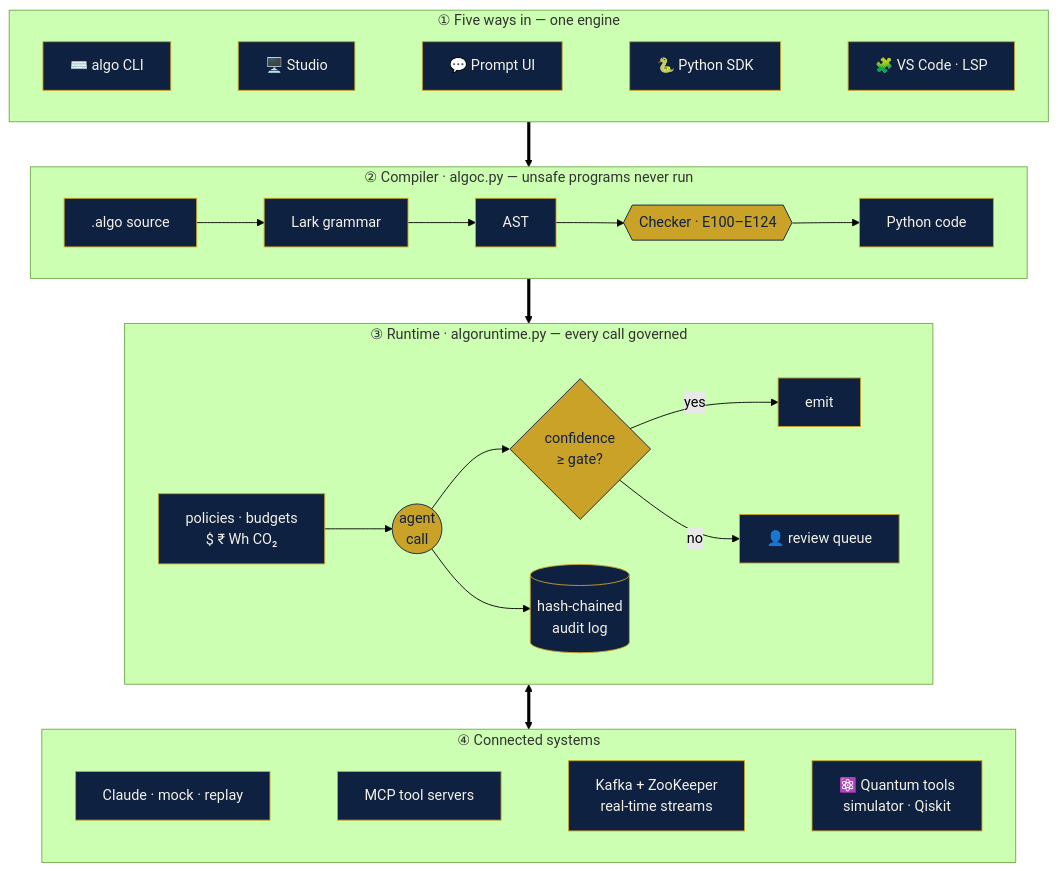
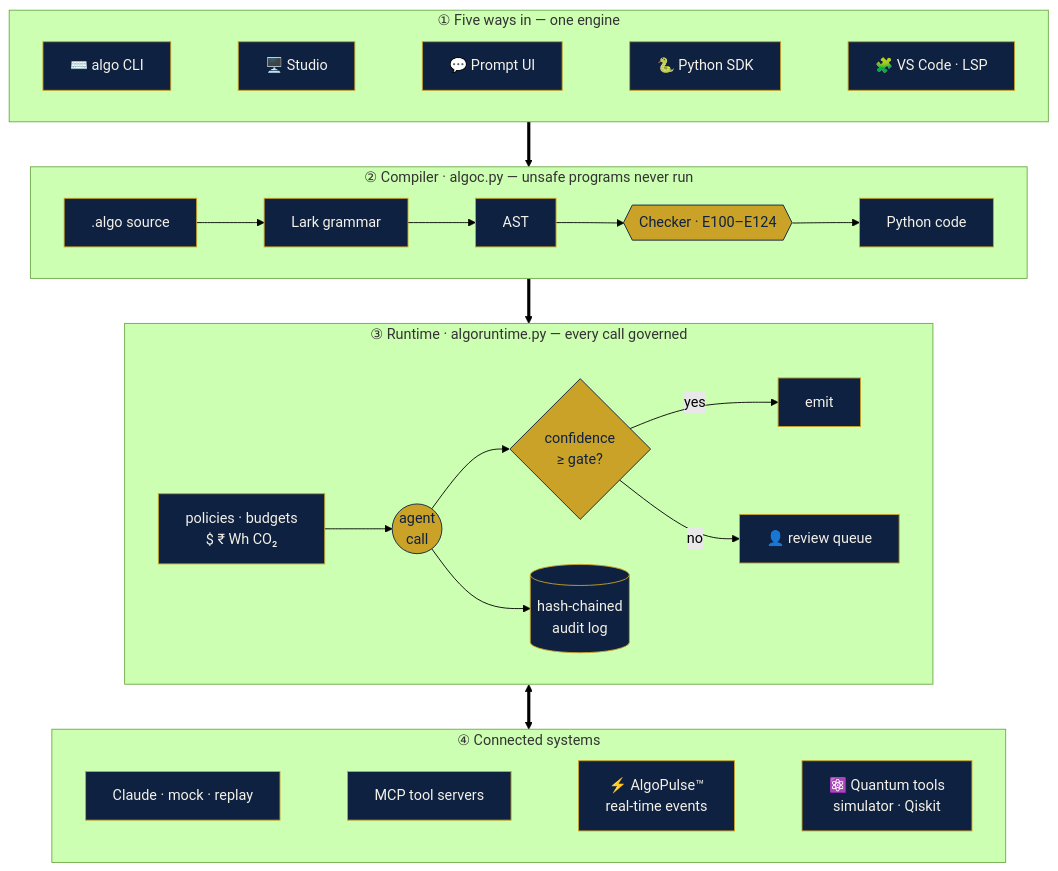
The first of 4 diagrams in README.md (drssnaiml1-cell/algolang), drawn with Mermaid (forest theme) before and after one commit. The commit also changed other lines of this file and 95 other files, not shown here.

First line of the commit message:
AlgoLang v0.3.4: AlgoPulse event engine, live figures everywhere

````diff
--- a/README.md
+++ b/README.md
@@ -30,28 +30,28 @@
 ```mermaid
 flowchart TB
     subgraph DOORS["① Five ways in — one engine"]
         direction LR
         CLI["⌨️ algo CLI"] ~~~ STU["🖥️ Studio"] ~~~ PUI["💬 Prompt UI"] ~~~ SDK["🐍 Python SDK"] ~~~ LSP["🧩 VS Code · LSP"]
     end
     subgraph COMPILER["② Compiler · algoc.py — unsafe programs never run"]
         direction LR
         SRC[".algo source"] --> PARSE["Lark grammar"] --> AST["AST"] --> CHK{{"Checker · E100–E124"}} --> GEN["Python code"]
     end
     subgraph RUNTIME["③ Runtime · algoruntime.py — every call governed"]
         direction LR
         POL["policies · budgets<br/>$ ₹ Wh CO₂"] --> CALL(("agent<br/>call")) --> GATE{"confidence<br/>≥ gate?"}
         GATE -- yes --> OUT["emit"]
         GATE -- no --> HUM["👤 review queue"]
         CALL --> AUD[("hash-chained<br/>audit log")]
     end
     subgraph WORLD["④ Connected systems"]
         direction LR
-        LLM["Claude · mock · replay"] ~~~ MCP["MCP tool servers"] ~~~ KAF["Kafka + ZooKeeper<br/>real-time streams"] ~~~ QPU["⚛️ Quantum tools<br/>simulator · Qiskit"]
+        LLM["Claude · mock · replay"] ~~~ MCP["MCP tool servers"] ~~~ KAF["⚡ AlgoPulse™<br/>real-time events"] ~~~ QPU["⚛️ Quantum tools<br/>simulator · Qiskit"]
     end
     DOORS ==> COMPILER ==> RUNTIME <==> WORLD
 
     classDef navy fill:#0e2140,stroke:#c9a227,color:#f4f1e8;
     classDef gold fill:#c9a227,stroke:#0e2140,color:#0e2140;
     class CLI,STU,PUI,SDK,LSP,SRC,PARSE,AST,GEN,POL,OUT,LLM,MCP,KAF,QPU,HUM,AUD navy;
     class CHK,CALL,GATE gold;
 ```
````
